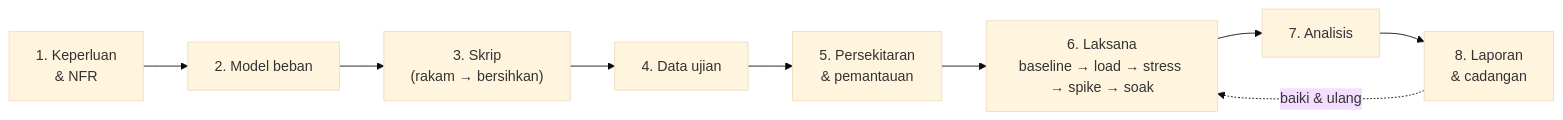
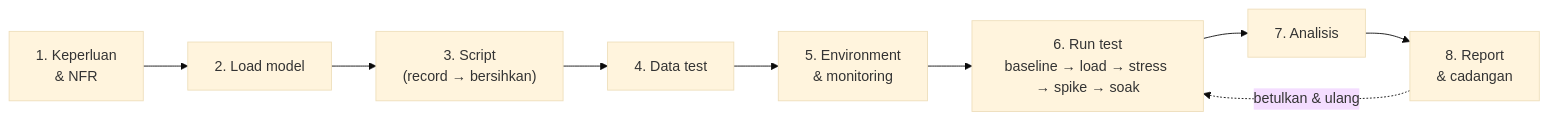
The second of 2 diagrams in hari-2/README.md (habibtalib/jmeter-2-days-training), drawn with Mermaid (base theme) before and after one commit. The commit also changed other lines of this file and 9 other files, not shown here.

````diff
--- a/hari-2/README.md
+++ b/hari-2/README.md
@@ -909,11 +909,11 @@
 ```mermaid
 flowchart LR
-    A["1. Keperluan<br/>& NFR"] --> B["2. Model beban"]
-    B --> C["3. Skrip<br/>(rakam → bersihkan)"]
-    C --> D["4. Data ujian"]
-    D --> E["5. Persekitaran<br/>& pemantauan"]
-    E --> F["6. Laksana<br/>baseline → load → stress → spike → soak"]
+    A["1. Keperluan<br/>& NFR"] --> B["2. Load model"]
+    B --> C["3. Script<br/>(record → bersihkan)"]
+    C --> D["4. Data test"]
+    D --> E["5. Environment<br/>& monitoring"]
+    E --> F["6. Run test<br/>baseline → load → stress → spike → soak"]
     F --> G["7. Analisis"]
-    G --> H["8. Laporan<br/>& cadangan"]
-    H -.->|"baiki & ulang"| F
+    G --> H["8. Report<br/>& cadangan"]
+    H -.->|"betulkan & ulang"| F
 ```
````
